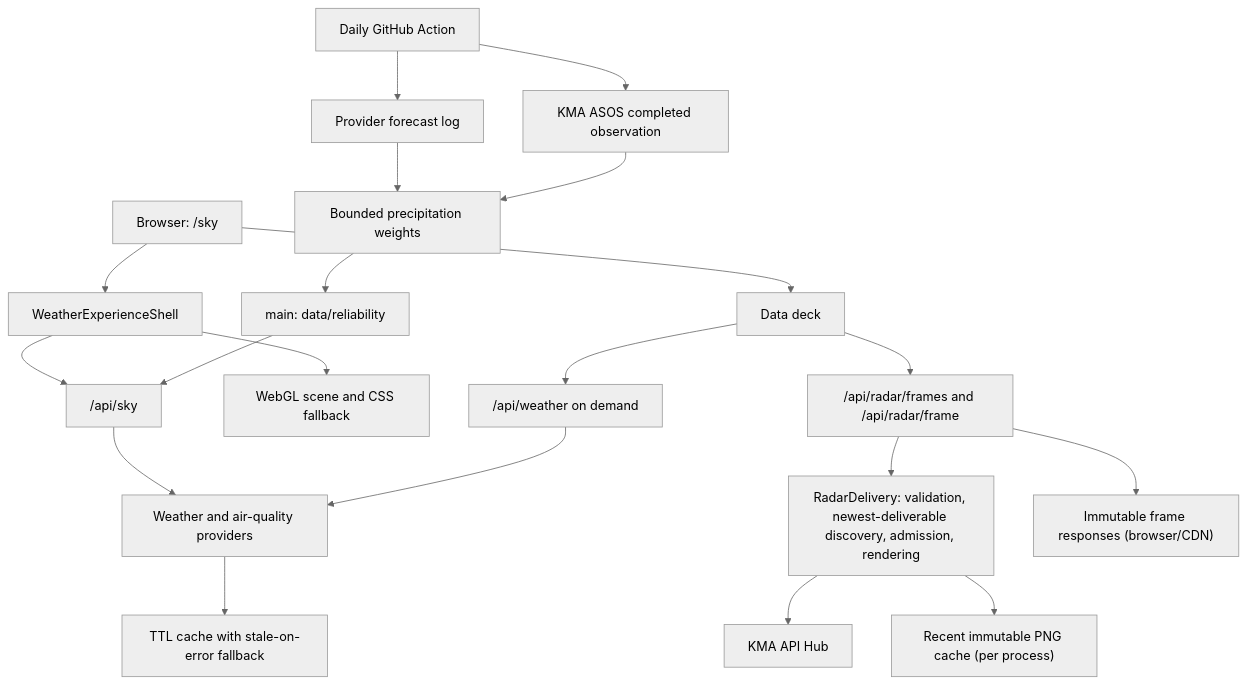
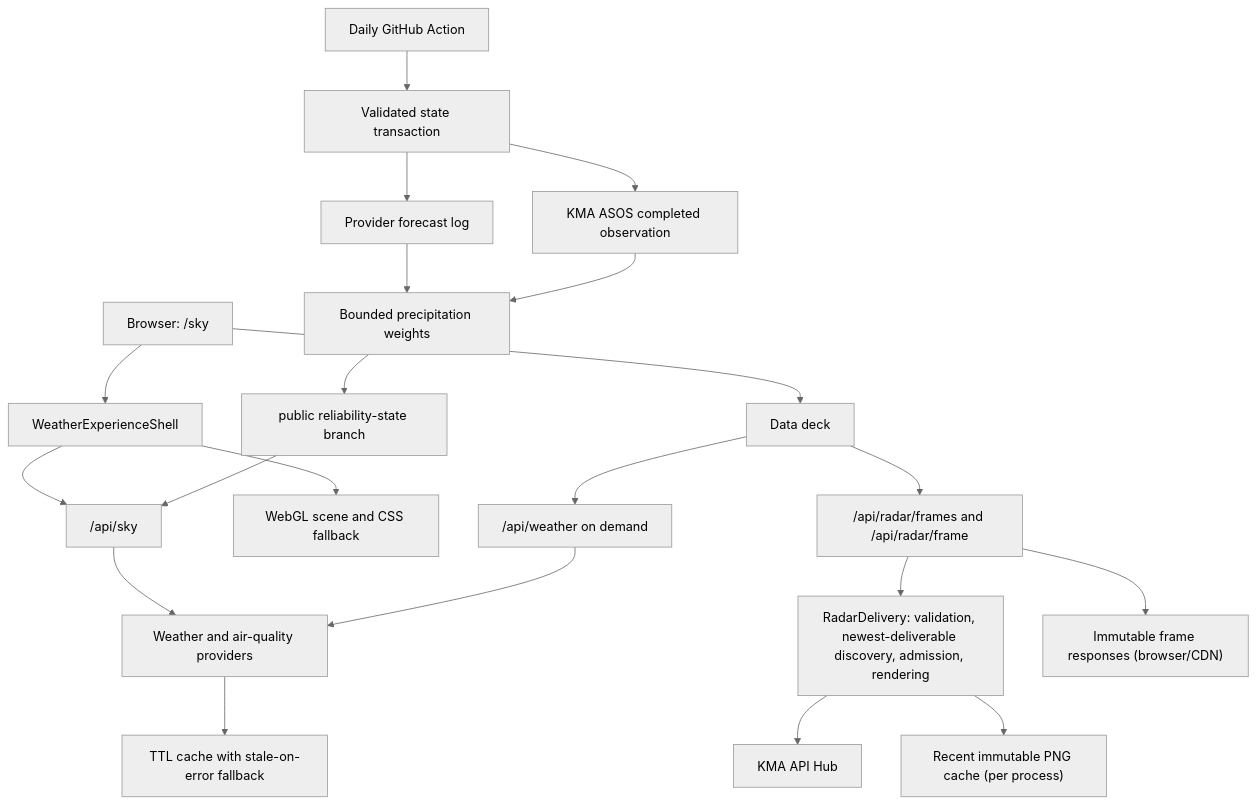
Before and after one commit to mhju0/rain-today: the diagram in README.md, drawn with Mermaid (neutral theme). The commit also changed other lines of this file and 4 other files, not shown here.

````diff
--- a/README.md
+++ b/README.md
@@ -72,22 +78,23 @@
 ```mermaid
 flowchart TB
   Browser["Browser: /sky"] --> Shell["WeatherExperienceShell"]
   Shell --> SkyAPI["/api/sky"]
   Shell --> Scene["WebGL scene and CSS fallback"]
   Browser --> Deck["Data deck"]
   Deck --> RadarRoutes["/api/radar/frames and /api/radar/frame"]
   Deck --> Intelligence["/api/weather on demand"]
   SkyAPI --> Providers["Weather and air-quality providers"]
   Intelligence --> Providers
   RadarRoutes --> Delivery["RadarDelivery: validation, newest-deliverable discovery, admission, rendering"]
   Delivery --> KMA["KMA API Hub"]
   Delivery --> RadarCache["Recent immutable PNG cache (per process)"]
   RadarRoutes --> EdgeCache["Immutable frame responses (browser/CDN)"]
   Providers --> Cache["TTL cache with stale-on-error fallback"]
-  Action["Daily GitHub Action"] --> ForecastLog["Provider forecast log"]
-  Action --> KMAObservation["KMA ASOS completed observation"]
+  Action["Daily GitHub Action"] --> Transaction["Validated state transaction"]
+  Transaction --> ForecastLog["Provider forecast log"]
+  Transaction --> KMAObservation["KMA ASOS completed observation"]
   ForecastLog --> Weights["Bounded precipitation weights"]
   KMAObservation --> Weights
-  Weights --> MainState["main: data/reliability"]
-  MainState --> SkyAPI
+  Weights --> StateBranch["public reliability-state branch"]
+  StateBranch --> SkyAPI
 ```
````
